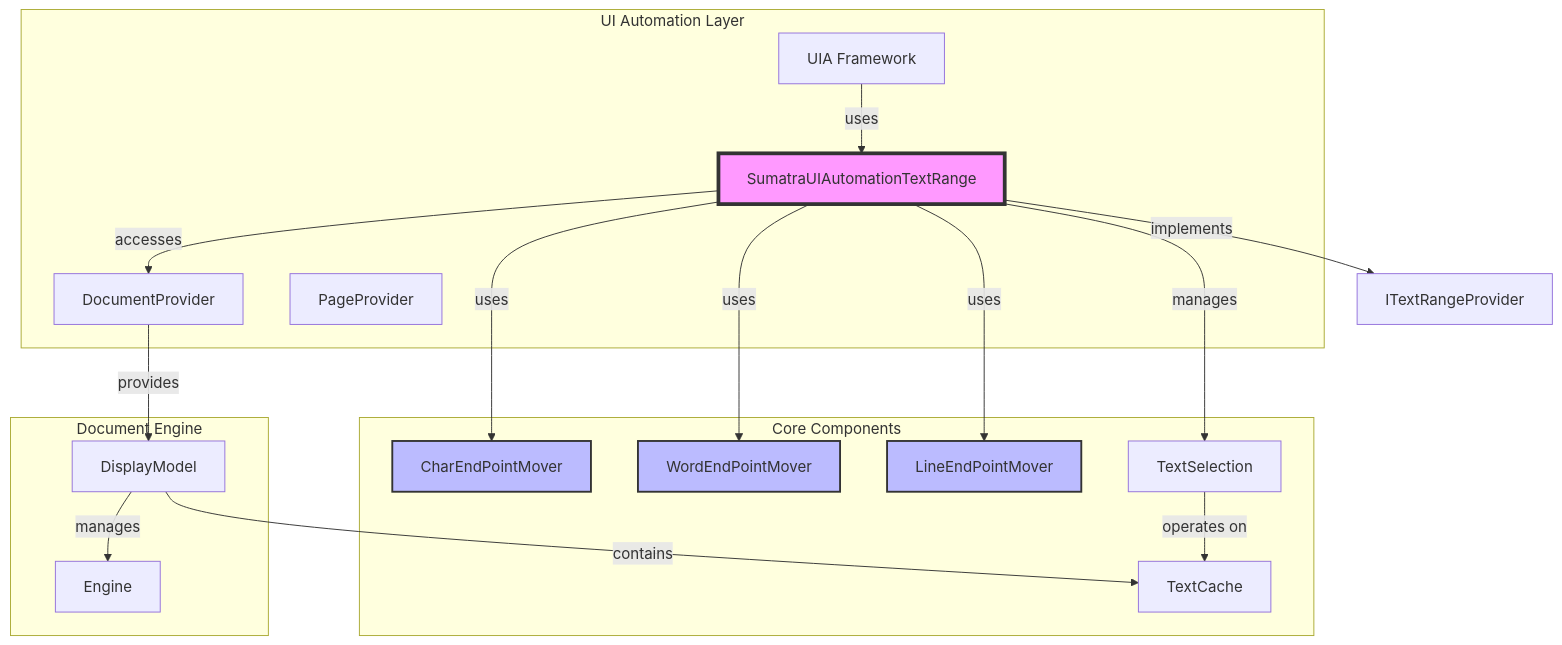
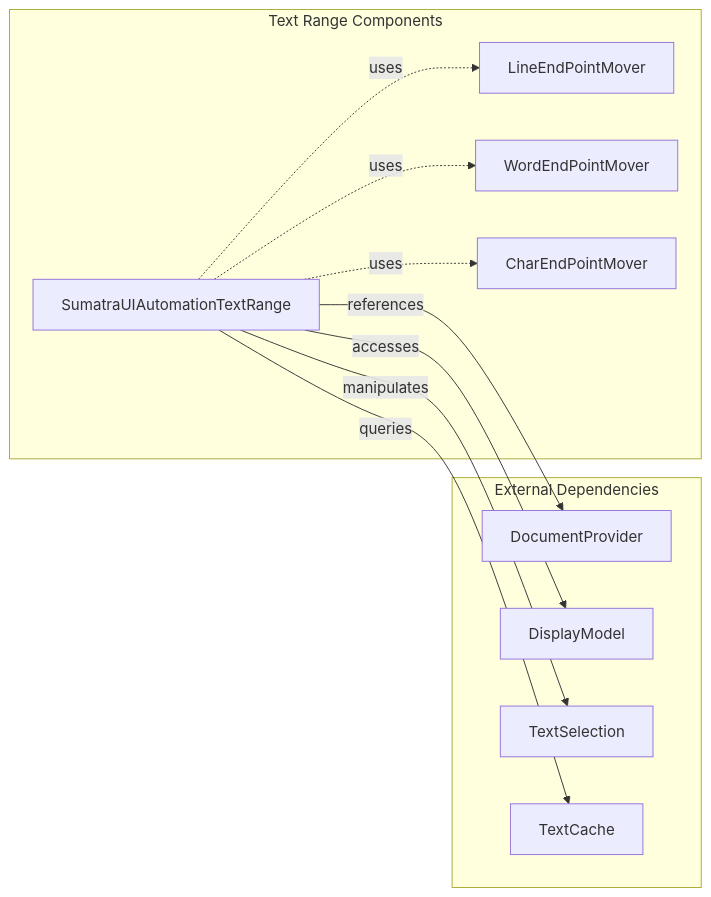
Before and after one commit to FSoft-AI4Code/codewiki-demo: the second of 5 diagrams in docs/sumatrapdfreader--sumatrapdf-docs/text_range.md, drawn with Mermaid. The commit also changed other lines of this file and 1103 other files, not shown here.

````diff
--- a/docs/sumatrapdfreader--sumatrapdf-docs/text_range.md
+++ b/docs/sumatrapdfreader--sumatrapdf-docs/text_range.md
@@ -11,39 +96,24 @@
 ```mermaid
-graph TB
-    subgraph "UI Automation Layer"
-        UIA[UIA Framework]
+graph LR
+    subgraph "Text Range Components"
         TR[SumatraUIAutomationTextRange]
-        DP[DocumentProvider]
-        PP[PageProvider]
+        LEM[LineEndPointMover]
+        WEM[WordEndPointMover]
+        CEM[CharEndPointMover]
     end
     
-    subgraph "Core Components"
-        CEP[CharEndPointMover]
-        WEP[WordEndPointMover]
-        LEP[LineEndPointMover]
+    subgraph "External Dependencies"
+        DP[DocumentProvider]
+        DM[DisplayModel]
         TS[TextSelection]
         TC[TextCache]
     end
     
-    subgraph "Document Engine"
-        DM[DisplayModel]
-        ENG[Engine]
-    end
-    
-    UIA -->|uses| TR
-    TR -->|implements| ITextRangeProvider
-    TR -->|uses| CEP
-    TR -->|uses| WEP
-    TR -->|uses| LEP
-    TR -->|manages| TS
-    TR -->|accesses| DP
-    DP -->|provides| DM
-    DM -->|contains| TC
-    DM -->|manages| ENG
-    TS -->|operates on| TC
-    
-    style TR fill:#f9f,stroke:#333,stroke-width:4px
-    style CEP fill:#bbf,stroke:#333,stroke-width:2px
-    style WEP fill:#bbf,stroke:#333,stroke-width:2px
-    style LEP fill:#bbf,stroke:#333,stroke-width:2px
+    TR -.->|uses| LEM
+    TR -.->|uses| WEM
+    TR -.->|uses| CEM
+    TR -->|references| DP
+    TR -->|accesses| DM
+    TR -->|manipulates| TS
+    TR -->|queries| TC
 ```
````
